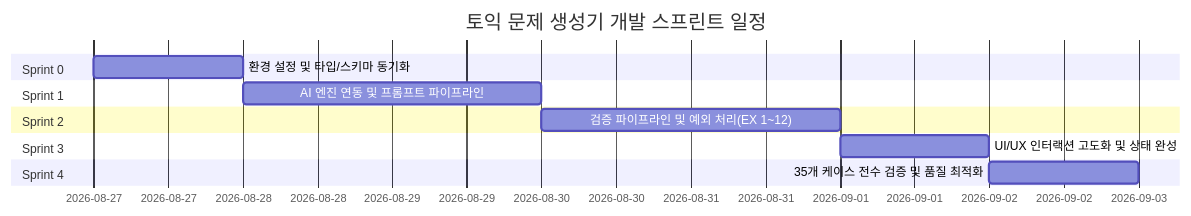
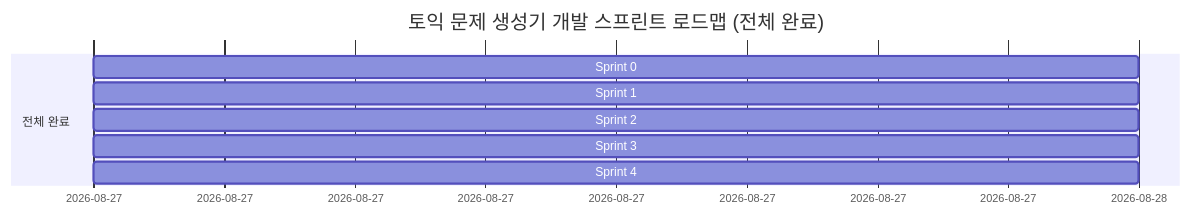
Before and after one commit to sjhyyo-ux/test: the diagram in docs/DEVELOPMENT_PLAN.md, drawn with Mermaid. The commit also changed other lines of this file and 1 other file, not shown here.

Commit message:
docs: update DEVELOPMENT_PLAN.md and add COMPLETION_REPORT.md reflecting all sprint achievements

````diff
--- a/docs/DEVELOPMENT_PLAN.md
+++ b/docs/DEVELOPMENT_PLAN.md
@@ -38,15 +39,11 @@
 ```mermaid
 gantt
-    title 토익 문제 생성기 개발 스프린트 일정
+    title 토익 문제 생성기 개발 스프린트 로드맵 (전체 완료)
     dateFormat  YYYY-MM-DD
-    section Sprint 0
-    환경 설정 및 타입/스키마 동기화       :2026-08-27, 1d
-    section Sprint 1
-    AI 엔진 연동 및 프롬프트 파이프라인    :2026-08-28, 2d
-    section Sprint 2
-    검증 파이프라인 및 예외 처리(EX 1~12) :2026-08-30, 2d
-    section Sprint 3
-    UI/UX 인터랙션 고도화 및 상태 완성    :2026-09-01, 1d
-    section Sprint 4
-    35개 케이스 전수 검증 및 품질 최적화   :2026-09-02, 1d
+    section 전체 완료
+    Sprint 0: 환경 설정 및 타입/스키마 동기화    :done, 2026-08-27, 1d
+    Sprint 1: AI 엔진 연동 및 프롬프트 파이프라인 :done, 2026-08-27, 1d
+    Sprint 2: 검증 파이프라인 및 예외 처리(EX 1~12):done, 2026-08-27, 1d
+    Sprint 3: UI/UX 인터랙션 고도화 및 상태 완성  :done, 2026-08-27, 1d
+    Sprint 4: 35개 케이스 전수 검증 및 품질 최적화 :done, 2026-08-27, 1d
 ```
````
